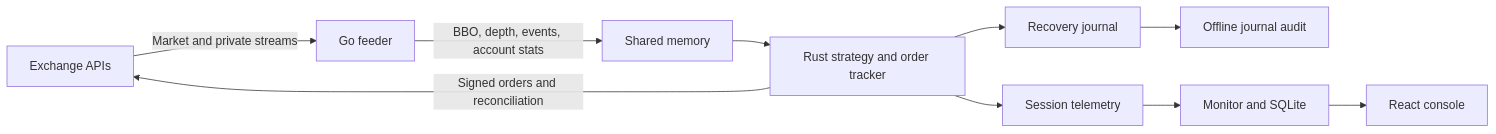
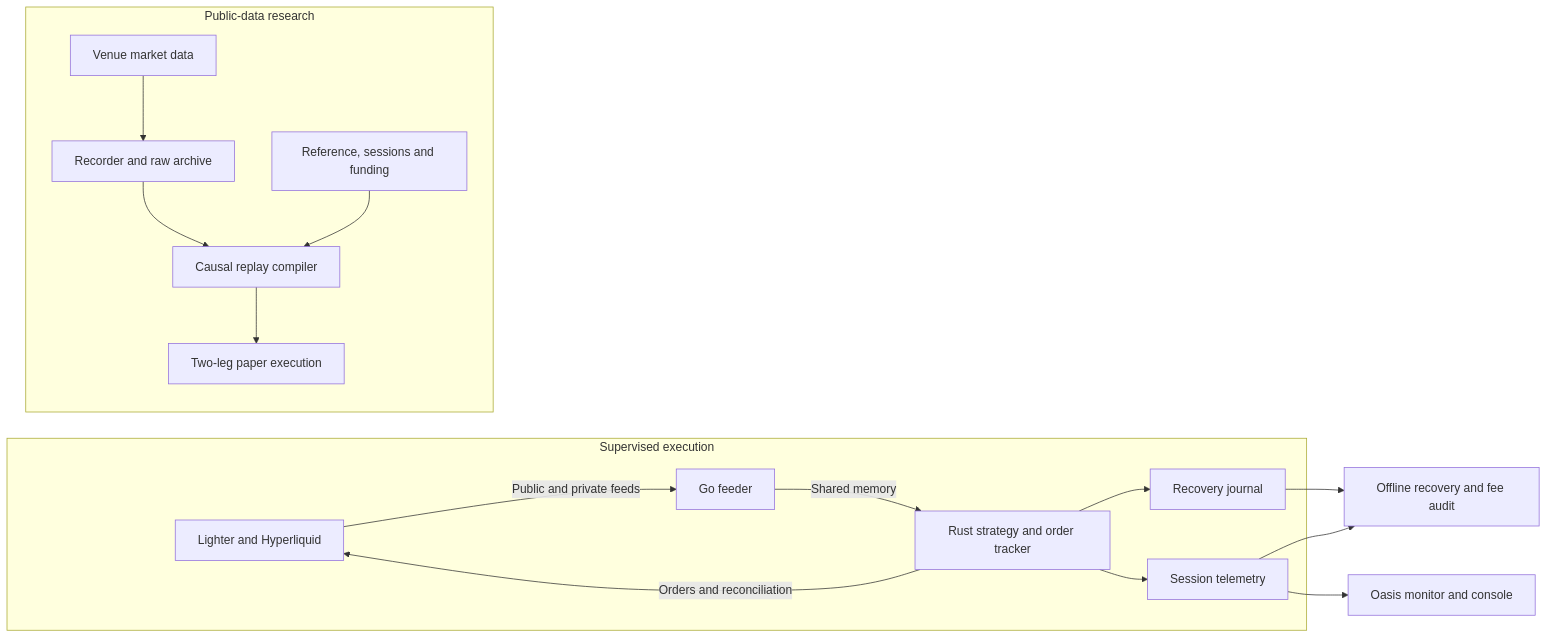
Before and after one commit to AlephTX/aleph-tx: the diagram in README.md, drawn with Mermaid. The commit also changed other lines of this file and 39 other files, not shown here.

````diff
--- a/README.md
+++ b/README.md
@@ -49,12 +57,19 @@
 ```mermaid
 flowchart LR
-    V[Exchange APIs] -->|Market and private streams| G[Go feeder]
-    G -->|BBO, depth, events, account stats| S[Shared memory]
-    S --> R[Rust strategy and order tracker]
-    R -->|Signed orders and reconciliation| V
-    R --> J[Recovery journal]
-    J --> A[Offline journal audit]
-    R --> T[Session telemetry]
-    T --> M[Monitor and SQLite]
-    M --> D[React console]
+    subgraph Session["Supervised execution"]
+        V["Lighter and Hyperliquid"] -->|"Public and private feeds"| G["Go feeder"]
+        G -->|"Shared memory"| R["Rust strategy and order tracker"]
+        R -->|"Orders and reconciliation"| V
+        R --> J["Recovery journal"]
+        R --> T["Session telemetry"]
+    end
+    J --> A["Offline recovery and fee audit"]
+    T --> A
+    T --> M["Oasis monitor and console"]
+    subgraph Research["Public-data research"]
+        P["Venue market data"] --> C["Recorder and raw archive"]
+        C --> K["Causal replay compiler"]
+        E["Reference, sessions and funding"] --> K
+        K --> B["Two-leg paper execution"]
+    end
 ```
````
